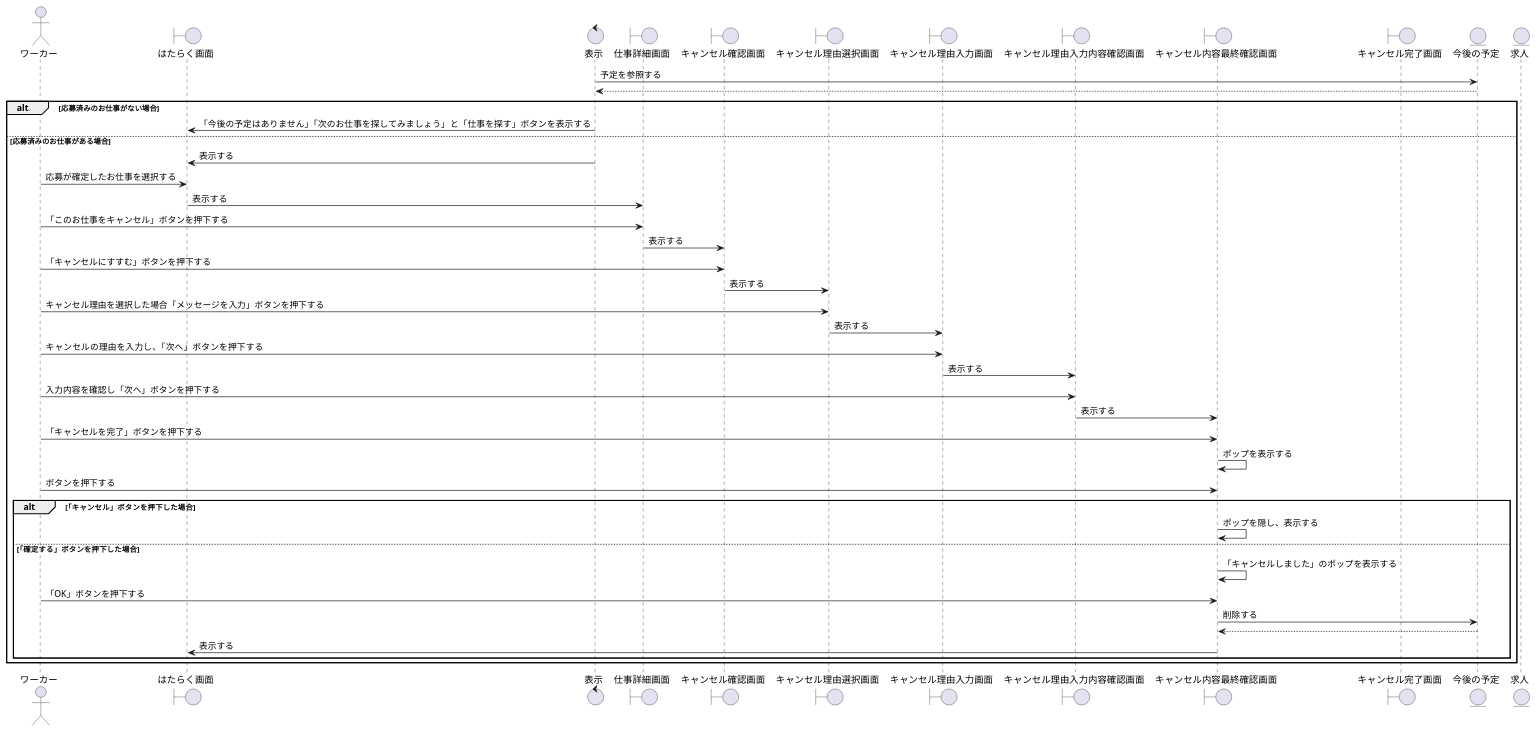
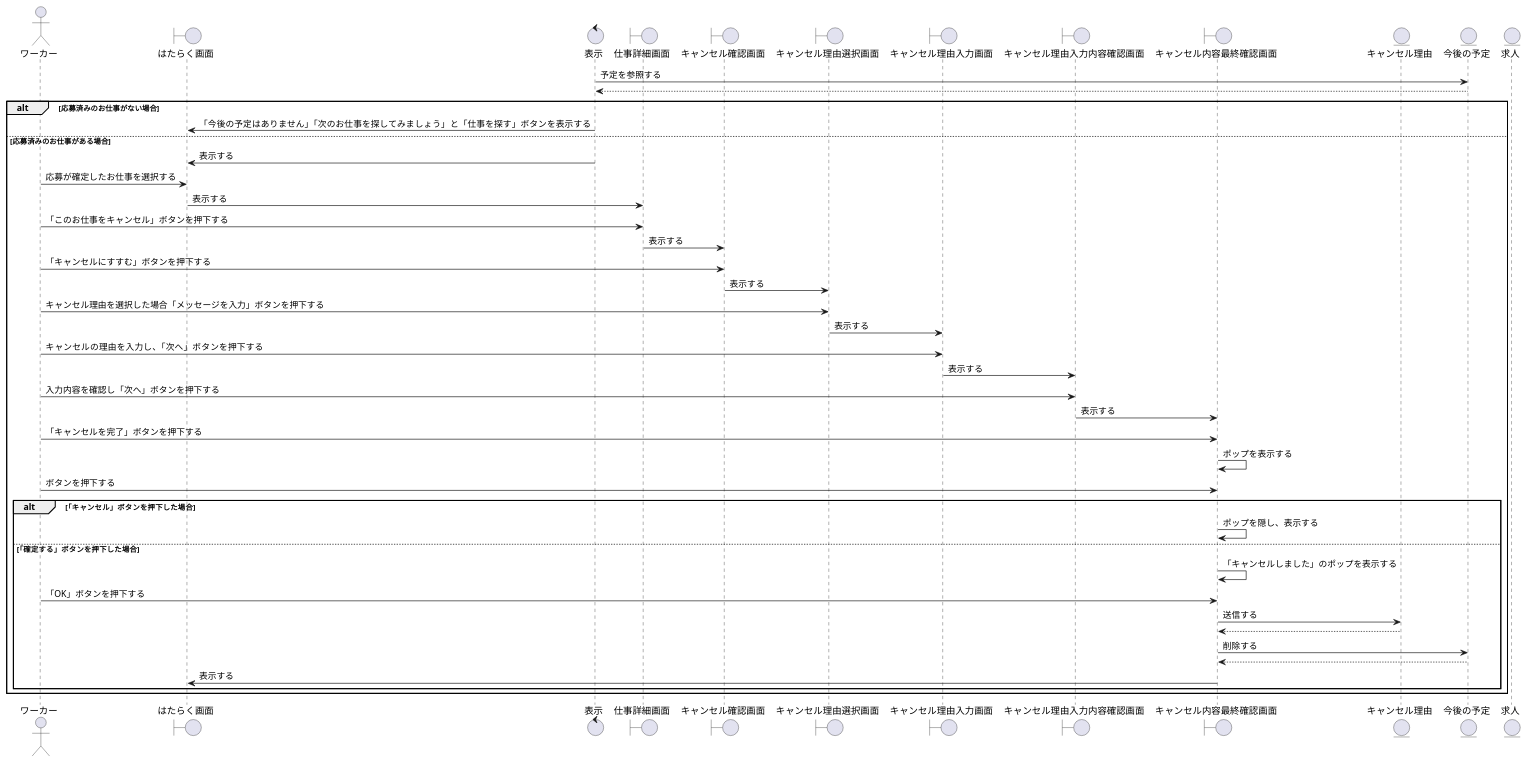
One commit to irukacb256/high_Me changed the diagram in sequence_fig/4_business_fn/4_仕事をキャンセルする.pu. Above: the diagram before and after it, drawn with PlantUML. The commit also changed 1 other file, not shown here.

```diff
--- a/sequence_fig/4_business_fn/4_仕事をキャンセルする.pu
+++ b/sequence_fig/4_business_fn/4_仕事をキャンセルする.pu
@@ -1,53 +1,56 @@
 @startuml お仕事をキャンセルする
 
 actor ワーカー as wo1
 boundary はたらく画面 as wk1
 control 表示 as co1
 
 boundary 仕事詳細画面 as jsd1
 boundary キャンセル確認画面 as cnf1
 boundary キャンセル理由選択画面 as crs1
 boundary キャンセル理由入力画面 as cri1
 boundary キャンセル理由入力内容確認画面 as cfc1
 boundary キャンセル内容最終確認画面 as cfc2
-boundary キャンセル完了画面 as cmp1
-entity 今後の予定 as en1
+entity キャンセル理由 as en1
+entity 今後の予定 as en2
 entity 求人 as jb1
 
-co1 -> en1 : 予定を参照する
-en1 --> co1
+co1 -> en2 : 予定を参照する
+en2 --> co1
 alt 応募済みのお仕事がない場合
     co1 -> wk1 : 「今後の予定はありません」「次のお仕事を探してみましょう」と「仕事を探す」ボタンを表示する
 else 応募済みのお仕事がある場合
     co1 -> wk1 : 表示する
     wo1 -> wk1 : 応募が確定したお仕事を選択する
     wk1 -> jsd1 :表示する
     wo1 -> jsd1 : 「このお仕事をキャンセル」ボタンを押下する
     jsd1 -> cnf1 : 表示する
     wo1 -> cnf1 : 「キャンセルにすすむ」ボタンを押下する
     cnf1 -> crs1 : 表示する
     wo1 -> crs1 : キャンセル理由を選択した場合「メッセージを入力」ボタンを押下する
     crs1 -> cri1 : 表示する
     wo1 -> cri1 : キャンセルの理由を入力し、「次へ」ボタンを押下する
     cri1 -> cfc1 : 表示する
     wo1 -> cfc1 : 入力内容を確認し「次へ」ボタンを押下する
     cfc1 -> cfc2 : 表示する
     wo1 -> cfc2 : 「キャンセルを完了」ボタンを押下する
     cfc2 -> cfc2 : ポップを表示する
     wo1 -> cfc2 : ボタンを押下する
     alt 「キャンセル」ボタンを押下した場合
         cfc2 -> cfc2 : ポップを隠し、表示する
     else 「確定する」ボタンを押下した場合
         cfc2 -> cfc2 :「キャンセルしました」のポップを表示する
         wo1 -> cfc2 : 「OK」ボタンを押下する
-        cfc2 -> en1 : 削除する
+
+        cfc2 -> en1 :送信する
         cfc2 <-- en1
+        cfc2 -> en2 : 削除する
+        cfc2 <-- en2
         cfc2 -> wk1 : 表示する
     end 
 end 
 
 
 
 
 
 @enduml
```
